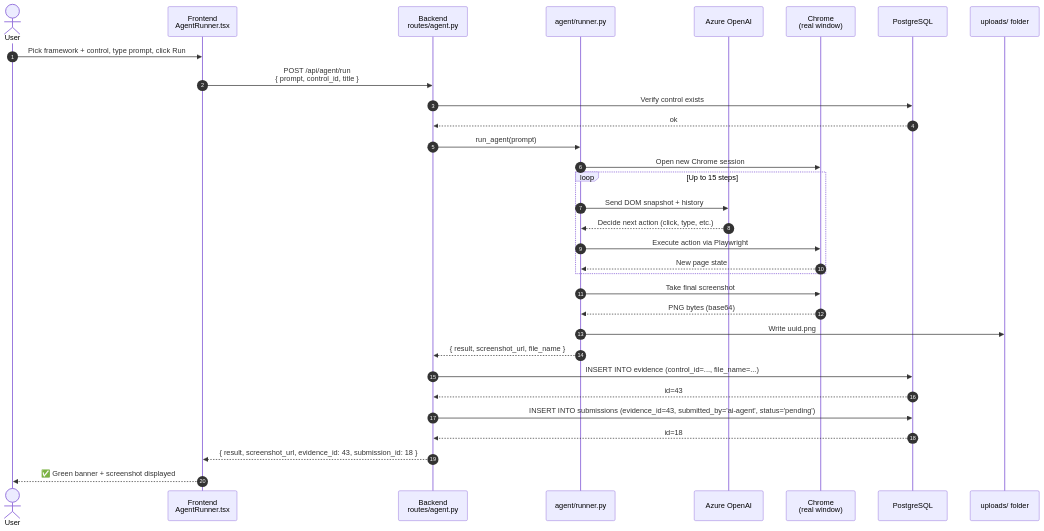
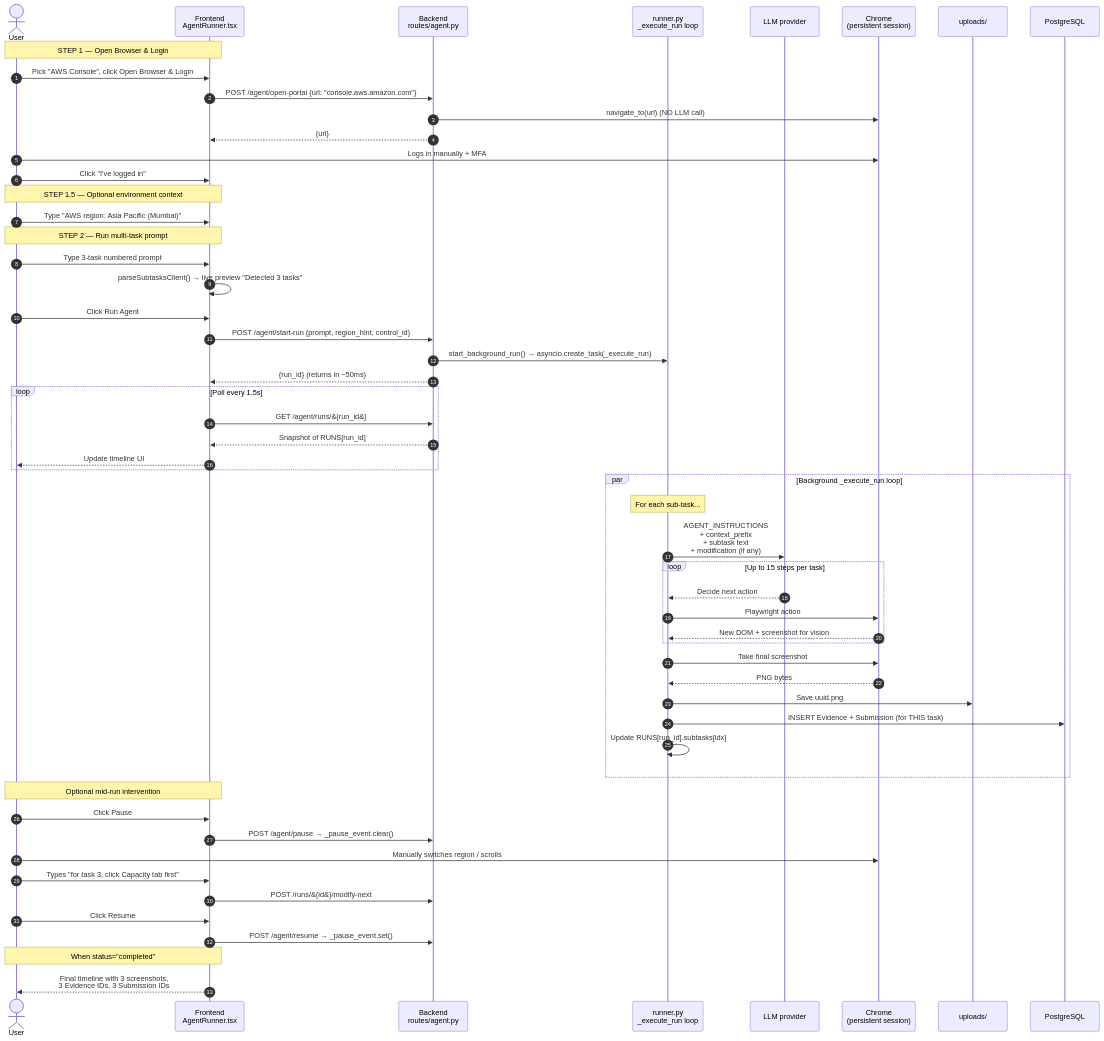
One commit to chala2001/compliance-evidence-portal changed the ninth of 14 diagrams in README.md. Above: the diagram before and after it, drawn with Mermaid. The commit also changed other lines of this file and 6 other files, not shown here.

````diff
--- a/README.md
+++ b/README.md
@@ -335,39 +573,65 @@
 ```mermaid
 sequenceDiagram
     autonumber
     actor User
     participant FE as Frontend<br/>AgentRunner.tsx
     participant BE as Backend<br/>routes/agent.py
-    participant Runner as agent/runner.py
-    participant LLM as Azure OpenAI
-    participant Browser as Chrome<br/>(real window)
+    participant Runner as runner.py<br/>_execute_run loop
+    participant LLM as LLM provider
+    participant Brwsr as Chrome<br/>(persistent session)
+    participant FS as uploads/
     participant DB as PostgreSQL
-    participant FS as uploads/ folder
 
-    User->>FE: Pick framework + control, type prompt, click Run
-    FE->>BE: POST /api/agent/run<br/>{ prompt, control_id, title }
-    BE->>DB: Verify control exists
-    DB-->>BE: ok
-    BE->>Runner: run_agent(prompt)
-    Runner->>Browser: Open new Chrome session
+    Note over User,FE: STEP 1 — Open Browser & Login
+    User->>FE: Pick "AWS Console", click Open Browser & Login
+    FE->>BE: POST /agent/open-portal {url: "console.aws.amazon.com"}
+    BE->>Brwsr: navigate_to(url)  (NO LLM call)
+    BE-->>FE: {url}
+    User->>Brwsr: Logs in manually + MFA
+    User->>FE: Click "I've logged in"
 
-    loop Up to 15 steps
-        Runner->>LLM: Send DOM snapshot + history
-        LLM-->>Runner: Decide next action (click, type, etc.)
-        Runner->>Browser: Execute action via Playwright
-        Browser-->>Runner: New page state
+    Note over User,FE: STEP 1.5 — Optional environment context
+    User->>FE: Type "AWS region: Asia Pacific (Mumbai)"
+
+    Note over User,FE: STEP 2 — Run multi-task prompt
+    User->>FE: Type 3-task numbered prompt
+    FE->>FE: parseSubtasksClient() → live preview "Detected 3 tasks"
+    User->>FE: Click Run Agent
+
+    FE->>BE: POST /agent/start-run {prompt, region_hint, control_id}
+    BE->>Runner: start_background_run() → asyncio.create_task(_execute_run)
+    BE-->>FE: {run_id} (returns in ~50ms)
+
+    loop Poll every 1.5s
+        FE->>BE: GET /agent/runs/&#123;run_id&#125;
+        BE-->>FE: Snapshot of RUNS[run_id]
+        FE-->>User: Update timeline UI
     end
 
-    Runner->>Browser: Take final screenshot
-    Browser-->>Runner: PNG bytes (base64)
-    Runner->>FS: Write uuid.png
-    Runner-->>BE: { result, screenshot_url, file_name }
+    par Background _execute_run loop
+        Note over Runner: For each sub-task...
+        Runner->>LLM: AGENT_INSTRUCTIONS<br/>+ context_prefix<br/>+ subtask text<br/>+ modification (if any)
+        loop Up to 15 steps per task
+            LLM-->>Runner: Decide next action
+            Runner->>Brwsr: Playwright action
+            Brwsr-->>Runner: New DOM + screenshot for vision
+        end
+        Runner->>Brwsr: Take final screenshot
+        Brwsr-->>Runner: PNG bytes
+        Runner->>FS: Save uuid.png
+        Runner->>DB: INSERT Evidence + Submission (for THIS task)
+        Runner->>Runner: Update RUNS[run_id].subtasks[idx]
+    end
 
-    BE->>DB: INSERT INTO evidence (control_id=..., file_name=...)
-    DB-->>BE: id=43
-    BE->>DB: INSERT INTO submissions (evidence_id=43, submitted_by='ai-agent', status='pending')
-    DB-->>BE: id=18
+    Note over User,FE: Optional mid-run intervention
+    User->>FE: Click Pause
+    FE->>BE: POST /agent/pause → _pause_event.clear()
+    User->>Brwsr: Manually switches region / scrolls
+    User->>FE: Types "for task 3, click Capacity tab first"
+    FE->>BE: POST /runs/&#123;id&#125;/modify-next
+    User->>FE: Click Resume
+    FE->>BE: POST /agent/resume → _pause_event.set()
 
-    BE-->>FE: { result, screenshot_url, evidence_id: 43, submission_id: 18 }
-    FE-->>User: ✅ Green banner + screenshot displayed
+    Note over FE,User: When status="completed"
+    FE-->>User: Final timeline with 3 screenshots,<br/>3 Evidence IDs, 3 Submission IDs
 ```
````
